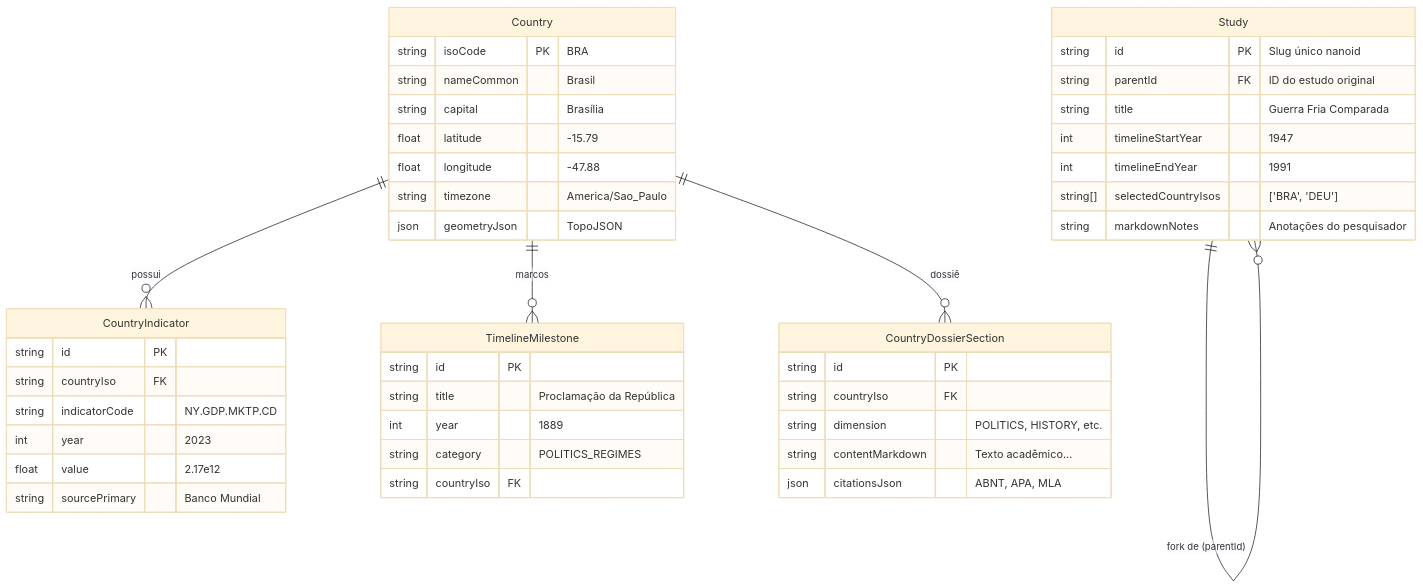
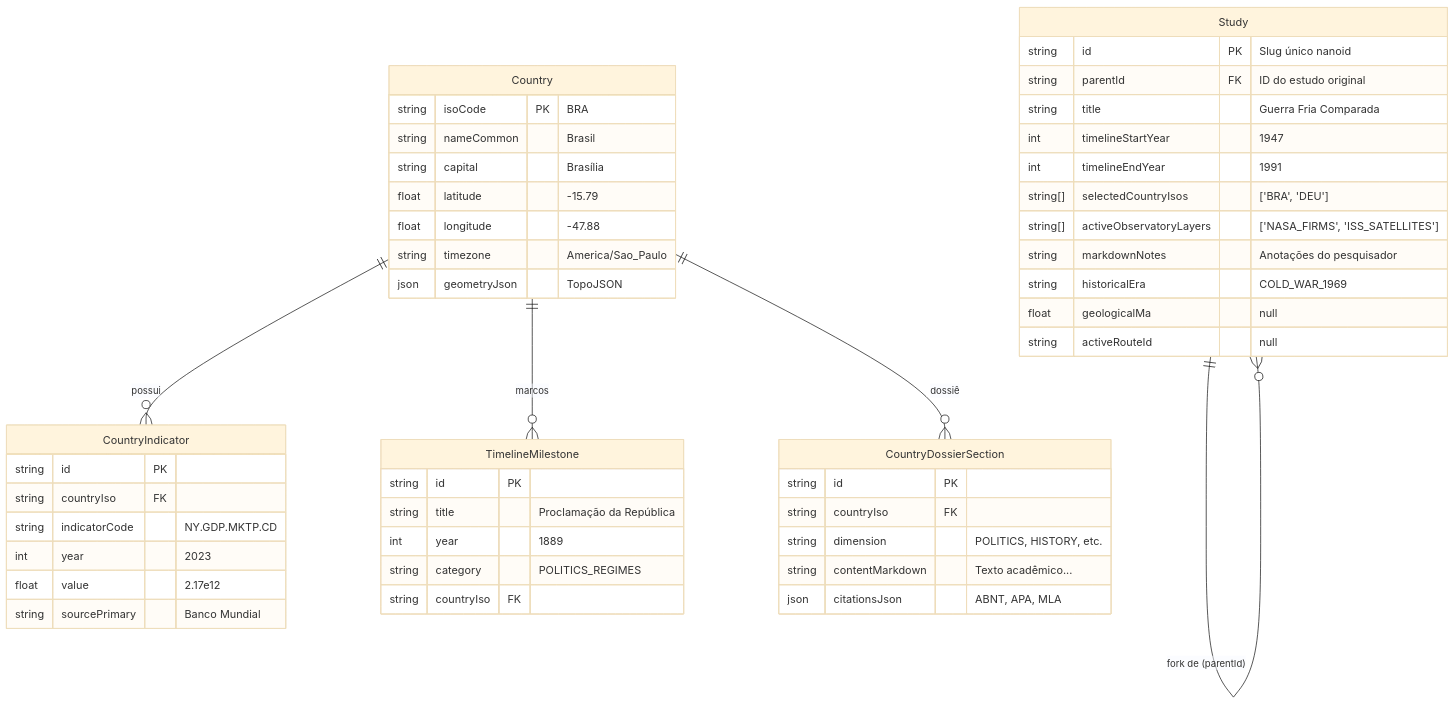
Before and after one commit to AyrtonLoks/telluspedia: the second of 2 diagrams in docs/ARCHITECTURE.md, drawn with Mermaid (base theme). The commit also changed other lines of this file and 28 other files, not shown here.

First line of the commit message:
feat(horizon-3): implement planetary observatory, nasa layers, global traffic, and update docs

````diff
--- a/docs/ARCHITECTURE.md
+++ b/docs/ARCHITECTURE.md
@@ -193,52 +232,56 @@
 ```mermaid
 erDiagram
     Country ||--o{ CountryIndicator : "possui"
     Country ||--o{ TimelineMilestone : "marcos"
     Country ||--o{ CountryDossierSection : "dossiê"
     Study ||--o{ Study : "fork de (parentId)"
 
     Country {
         string isoCode PK "BRA"
         string nameCommon "Brasil"
         string capital "Brasília"
         float latitude "-15.79"
         float longitude "-47.88"
         string timezone "America/Sao_Paulo"
         json geometryJson "TopoJSON"
     }
 
     CountryIndicator {
         string id PK
         string countryIso FK
         string indicatorCode "NY.GDP.MKTP.CD"
         int year "2023"
         float value "2.17e12"
         string sourcePrimary "Banco Mundial"
     }
 
     CountryDossierSection {
         string id PK
         string countryIso FK
         string dimension "POLITICS, HISTORY, etc."
         string contentMarkdown "Texto acadêmico..."
         json citationsJson "ABNT, APA, MLA"
     }
 
     TimelineMilestone {
         string id PK
         string title "Proclamação da República"
         int year "1889"
         string category "POLITICS_REGIMES"
         string countryIso FK
     }
 
     Study {
         string id PK "Slug único nanoid"
         string parentId FK "ID do estudo original"
         string title "Guerra Fria Comparada"
         int timelineStartYear "1947"
         int timelineEndYear "1991"
         string[] selectedCountryIsos "['BRA', 'DEU']"
+        string[] activeObservatoryLayers "['NASA_FIRMS', 'ISS_SATELLITES']"
         string markdownNotes "Anotações do pesquisador"
+        string historicalEra "COLD_WAR_1969"
+        float geologicalMa "null"
+        string activeRouteId "null"
     }
 ```
````
